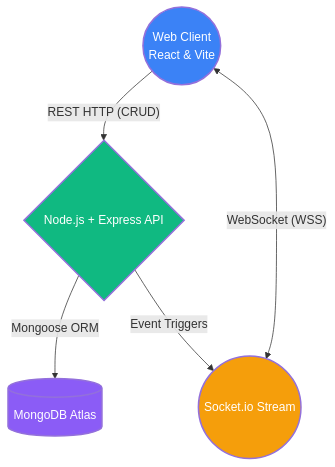
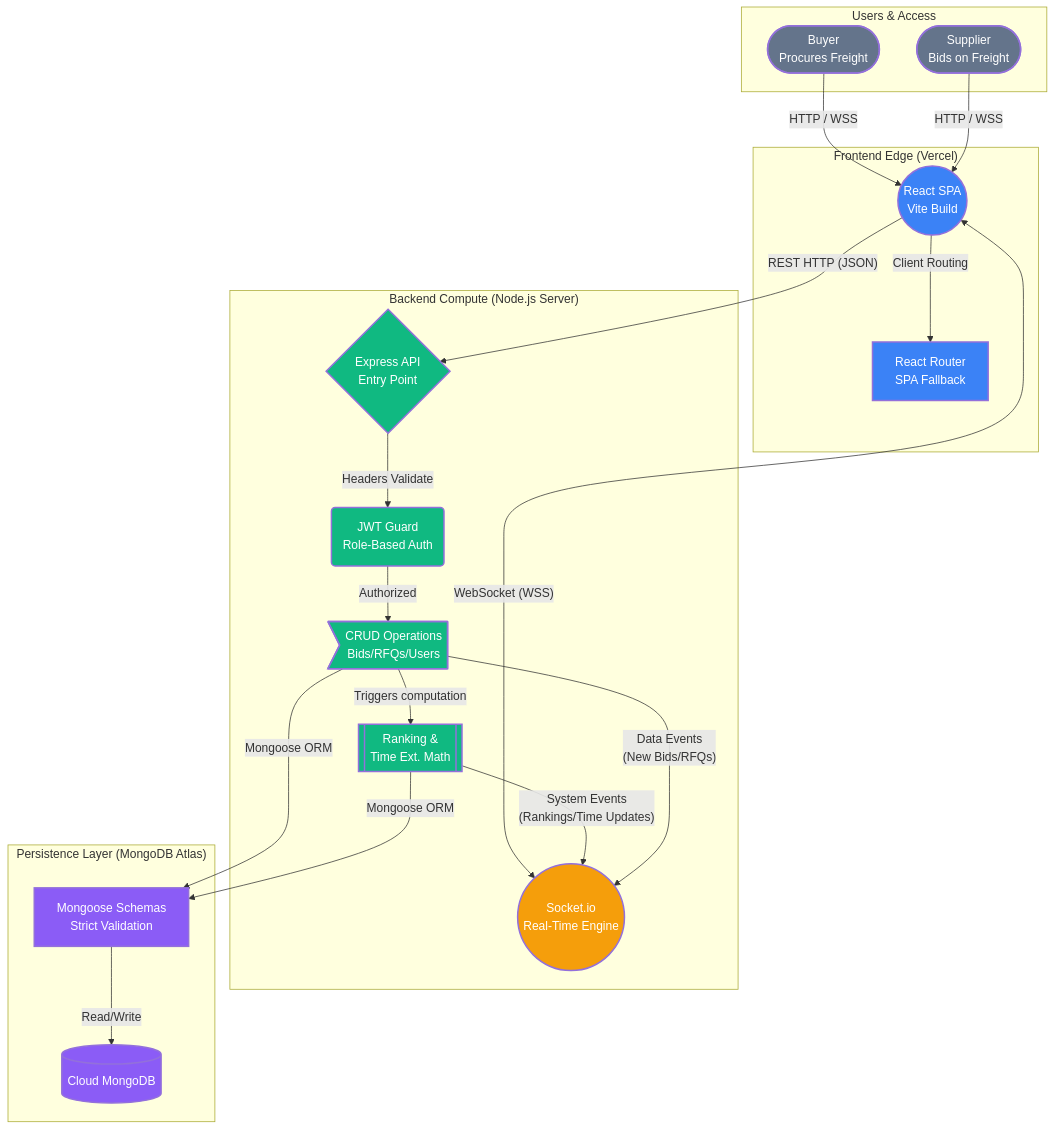
Before and after one commit to chiragthukran/british-auction-app: the first of 3 diagrams in README.md, drawn with Mermaid.

Commit message:
docs: improve System Architecture Diagram in HLD

````diff
--- a/README.md
+++ b/README.md
@@ -11,18 +11,50 @@
 ```mermaid
 graph TD;
-    Client((Web Client \n React & Vite)):::frontend
-    Gateway{Node.js + Express API}:::backend
-    SocketServer((Socket.io Stream)):::realtime
-    DB[(MongoDB Atlas)]:::database
+    subgraph "Users & Access"
+        Buyer([Buyer \n Procures Freight]):::user
+        Supplier([Supplier \n Bids on Freight]):::user
+    end
 
-    Client -- REST HTTP (CRUD) --> Gateway
-    Client -- WebSocket (WSS) <--> SocketServer
+    subgraph "Frontend Edge (Vercel)"
+        ViteApp((React SPA \n Vite Build)):::frontend
+        ViteRouter[React Router \n SPA Fallback]:::frontend
+    end
+
+    subgraph "Backend Compute (Node.js Server)"
+        API_Gateway{Express API \n Entry Point}:::backend
+        AuthMiddleware(JWT Guard \n Role-Based Auth):::backend
+        REST_Controllers>CRUD Operations \n Bids/RFQs/Users]:::backend
+        CalcEngine[[Ranking & \n Time Ext. Math]]:::backend
+        SocketServer((Socket.io \n Real-Time Engine)):::realtime
+    end
+
+    subgraph "Persistence Layer (MongoDB Atlas)"
+        DB[(Cloud MongoDB)]:::database
+        Models[Mongoose Schemas \n Strict Validation]:::database
+    end
+
+    Buyer -- HTTP / WSS --> ViteApp
+    Supplier -- HTTP / WSS --> ViteApp
+
+    ViteApp -- "Client Routing" --> ViteRouter
+
+    ViteApp -- "REST HTTP (JSON)" --> API_Gateway
+    ViteApp -- "WebSocket (WSS)" <--> SocketServer
+
+    API_Gateway -- "Headers Validate" --> AuthMiddleware
+    AuthMiddleware -- "Authorized" --> REST_Controllers
+    REST_Controllers -- "Triggers computation" --> CalcEngine
     
-    Gateway -- Mongoose ORM --> DB
-    Gateway -- Event Triggers --> SocketServer
+    REST_Controllers -- "Mongoose ORM" --> Models
+    CalcEngine -- "Mongoose ORM" --> Models
+    Models -- "Read/Write" --> DB
     
+    CalcEngine -- "System Events \n (Rankings/Time Updates)" --> SocketServer
+    REST_Controllers -- "Data Events \n (New Bids/RFQs)" --> SocketServer
+
+    classDef user fill:#64748b,color:#fff,stroke-width:2px;
     classDef frontend fill:#3b82f6,color:#fff,stroke-width:2px;
     classDef backend fill:#10b981,color:#fff,stroke-width:2px;
     classDef realtime fill:#f59e0b,color:#fff,stroke-width:2px;
     classDef database fill:#8b5cf6,color:#fff,stroke-width:2px;
 ```
````
